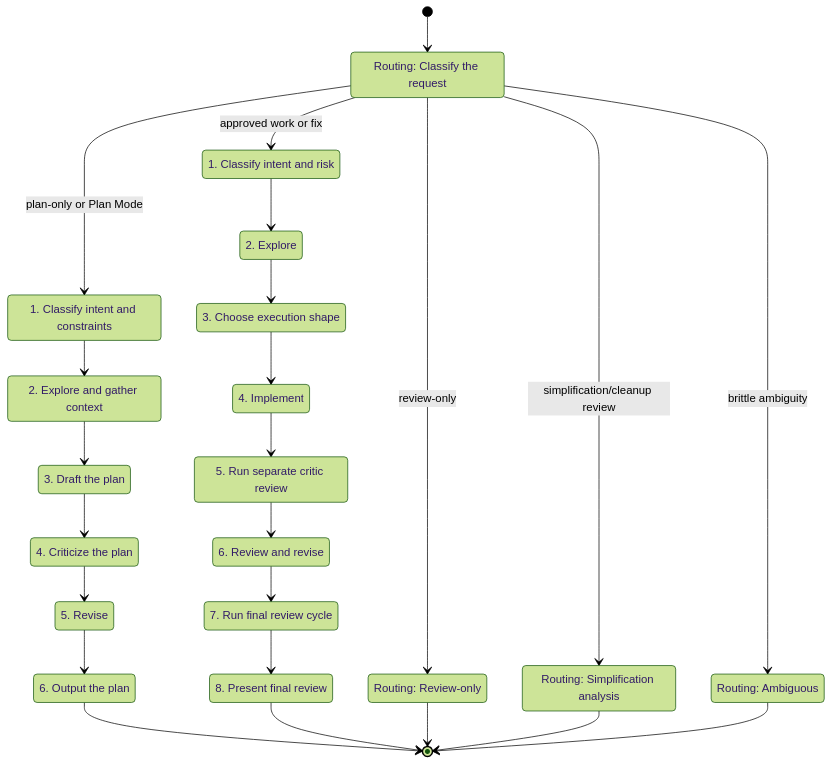
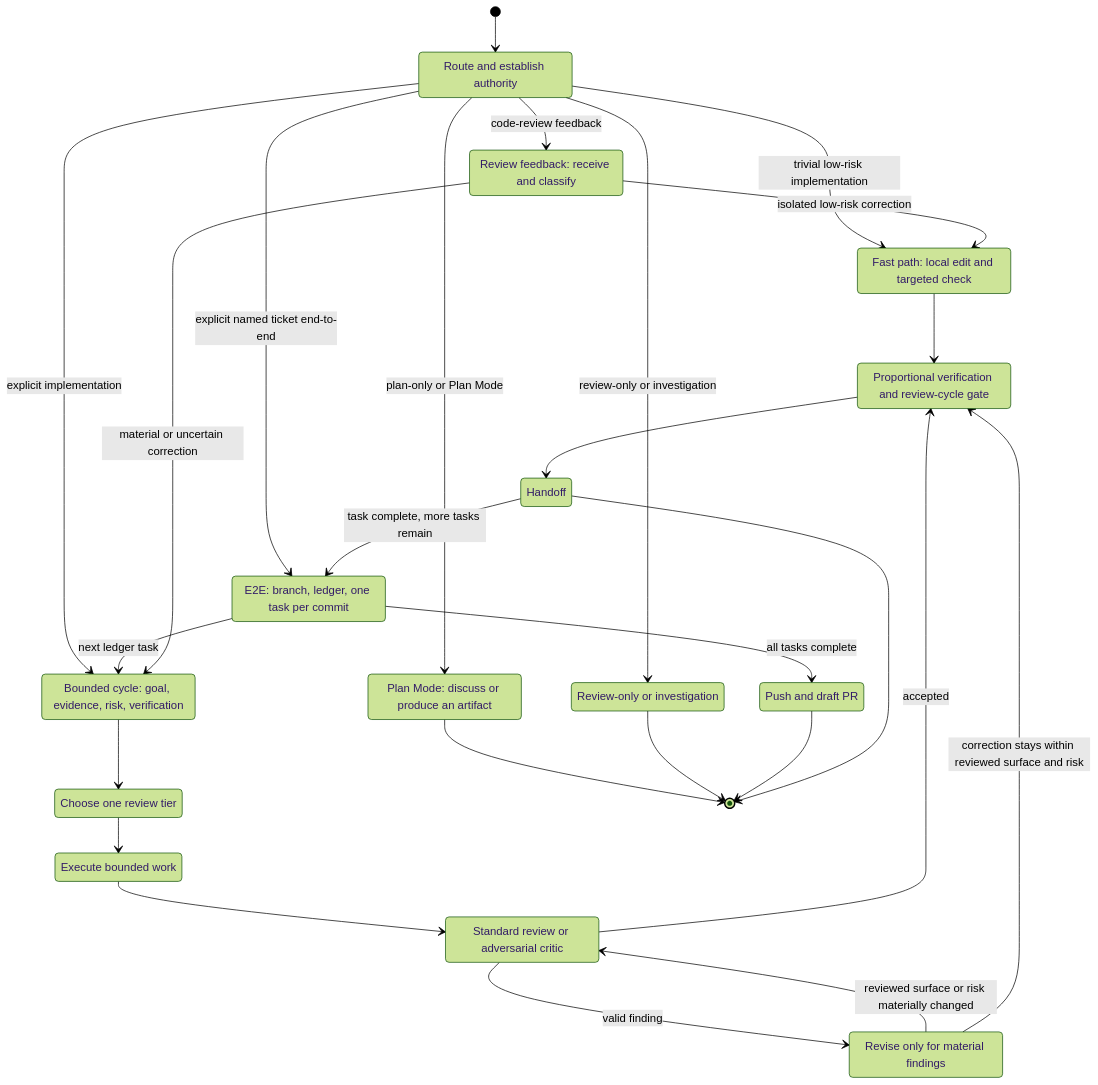
Before and after one commit to filipgutica/filip-stack: the diagram in plugins/workflow/skills/coordinator/SKILL.md, drawn with Mermaid (forest theme). The commit also changed other lines of this file and 5 other files, not shown here.

````diff
--- a/plugins/workflow/skills/coordinator/SKILL.md
+++ b/plugins/workflow/skills/coordinator/SKILL.md
@@ -47,50 +22,43 @@
 ```mermaid
 stateDiagram-v2
-    state "Routing: Classify the request" as RoutingClassify
-    state "Routing: Review-only" as RoutingReviewOnly
-    state "Routing: Simplification analysis" as RoutingSimplification
-    state "Routing: Ambiguous" as RoutingAmbiguous
+    state "Route and establish authority" as Route
+    state "Plan Mode: discuss or produce an artifact" as PlanMode
+    state "Review-only or investigation" as ReadOnly
+    state "Fast path: local edit and targeted check" as FastPath
+    state "Bounded cycle: goal, evidence, risk, verification" as Bound
+    state "Choose one review tier" as ReviewTier
+    state "Execute bounded work" as Execute
+    state "Standard review or adversarial critic" as Review
+    state "Revise only for material findings" as Revise
+    state "Proportional verification and review-cycle gate" as Verify
+    state "Handoff" as Handoff
+    state "E2E: branch, ledger, one task per commit" as E2E
+    state "Push and draft PR" as Publish
+    state "Review feedback: receive and classify" as Feedback
 
-    state "1. Classify intent and constraints" as PlanStep1
-    state "2. Explore and gather context" as PlanStep2
-    state "3. Draft the plan" as PlanStep3
-    state "4. Criticize the plan" as PlanStep4
-    state "5. Revise" as PlanStep5
-    state "6. Output the plan" as PlanStep6
-
-    state "1. Classify intent and risk" as ImplementStep1
-    state "2. Explore" as ImplementStep2
-    state "3. Choose execution shape" as ImplementStep3
-    state "4. Implement" as ImplementStep4
-    state "5. Run separate critic review" as ImplementStep5
-    state "6. Review and revise" as ImplementStep6
-    state "7. Run final review cycle" as ImplementStep7
-    state "8. Present final review" as ImplementStep8
-
-    [*] --> RoutingClassify
-    RoutingClassify --> PlanStep1: plan-only or Plan Mode
-    RoutingClassify --> ImplementStep1: approved work or fix
-    RoutingClassify --> RoutingReviewOnly: review-only
-    RoutingClassify --> RoutingSimplification: simplification/cleanup review
-    RoutingClassify --> RoutingAmbiguous: brittle ambiguity
-
-    PlanStep1 --> PlanStep2
-    PlanStep2 --> PlanStep3
-    PlanStep3 --> PlanStep4
-    PlanStep4 --> PlanStep5
-    PlanStep5 --> PlanStep6
-    PlanStep6 --> [*]
-
-    ImplementStep1 --> ImplementStep2
-    ImplementStep2 --> ImplementStep3
-    ImplementStep3 --> ImplementStep4
-    ImplementStep4 --> ImplementStep5
-    ImplementStep5 --> ImplementStep6
-    ImplementStep6 --> ImplementStep7
-    ImplementStep7 --> ImplementStep8
-    ImplementStep8 --> [*]
-
-    RoutingReviewOnly --> [*]
-    RoutingSimplification --> [*]
-    RoutingAmbiguous --> [*]
+    [*] --> Route
+    Route --> PlanMode: plan-only or Plan Mode
+    Route --> ReadOnly: review-only or investigation
+    Route --> FastPath: trivial low-risk implementation
+    Route --> Bound: explicit implementation
+    Route --> E2E: explicit named ticket end-to-end
+    PlanMode --> [*]
+    ReadOnly --> [*]
+    FastPath --> Verify
+    Bound --> ReviewTier
+    ReviewTier --> Execute
+    Execute --> Review
+    Review --> Revise: valid finding
+    Revise --> Review: reviewed surface or risk materially changed
+    Revise --> Verify: correction stays within reviewed surface and risk
+    Review --> Verify: accepted
+    Verify --> Handoff
+    E2E --> Bound: next ledger task
+    Handoff --> E2E: task complete, more tasks remain
+    E2E --> Publish: all tasks complete
+    Publish --> [*]
+    Handoff --> [*]
+    Route --> Feedback: code-review feedback
+    Feedback --> FastPath: isolated low-risk correction
+    Feedback --> Bound: material or uncertain correction
 ```
````
